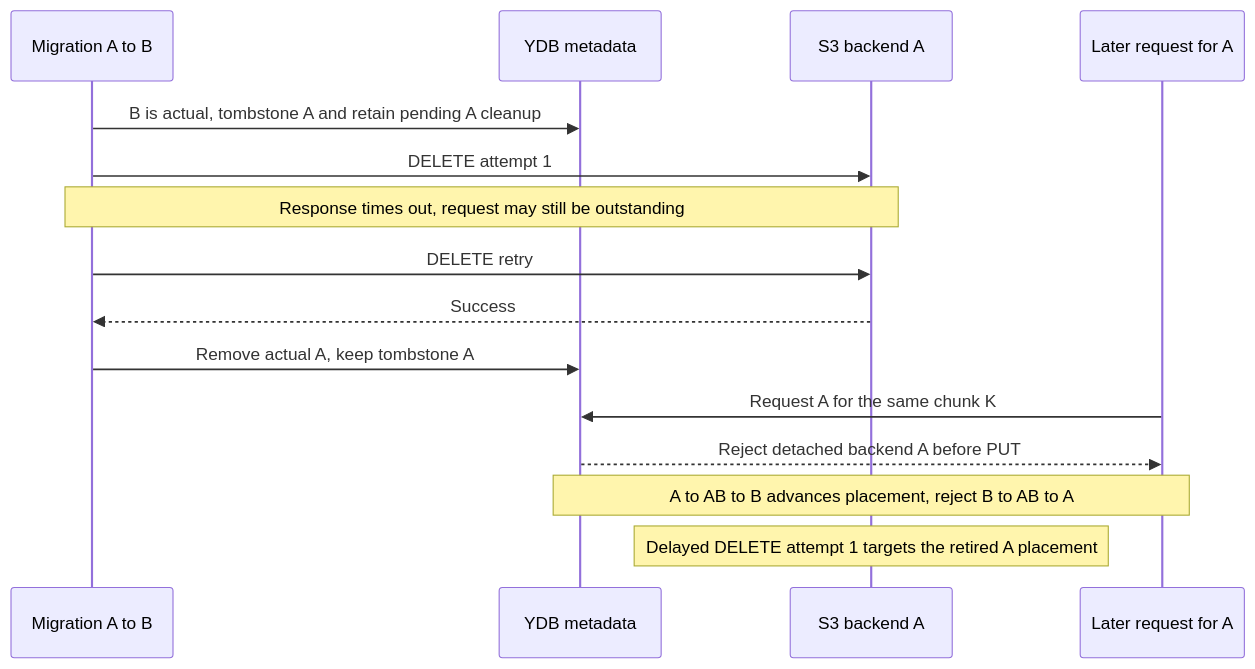
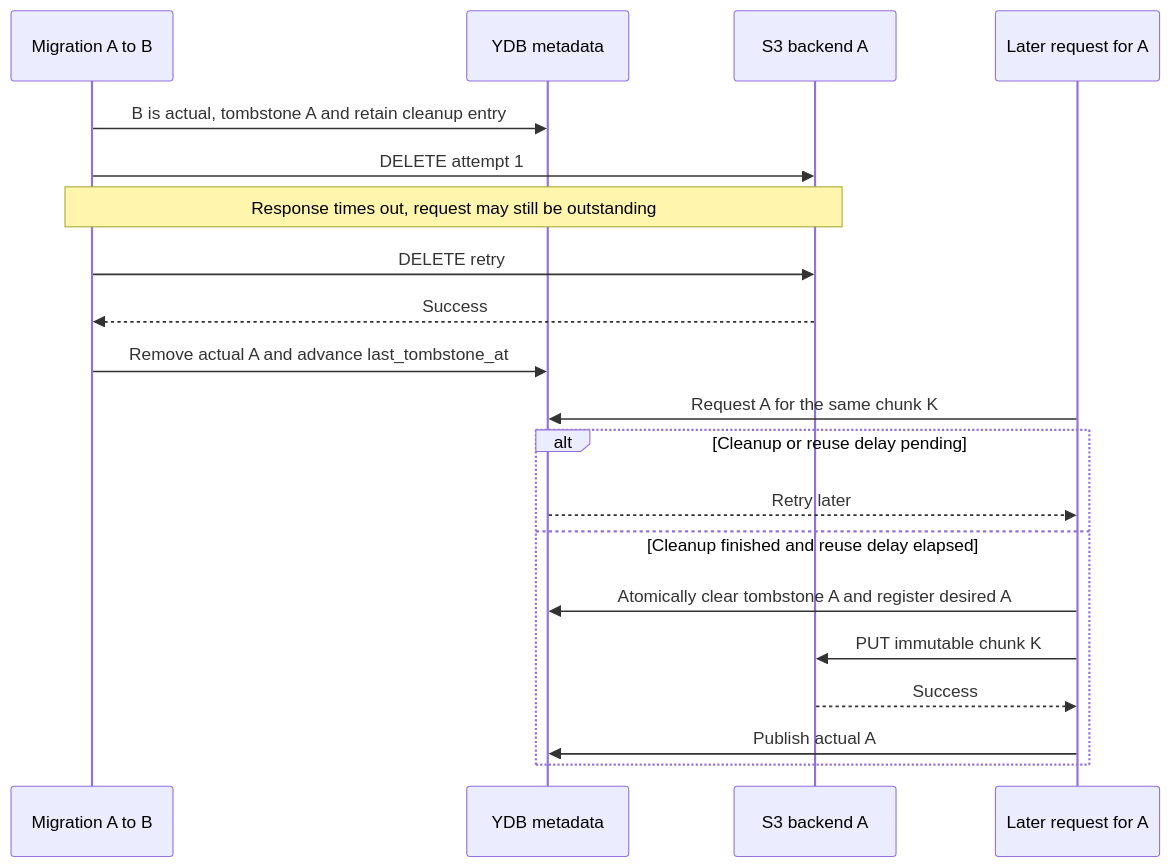
Before and after one commit to ydb-platform/nbs: the sixth of 10 diagrams in doc/disk_manager/chunk_storage/design_doc.md, drawn with Mermaid. The commit also changed other lines of this file, not shown here.

````diff
--- a/doc/disk_manager/chunk_storage/design_doc.md
+++ b/doc/disk_manager/chunk_storage/design_doc.md
@@ -263,17 +275,22 @@
 ```mermaid
 sequenceDiagram
     participant Forward as Migration A to B
     participant DB as YDB metadata
     participant A as S3 backend A
-    participant Reverse as Later request for A
-    Forward->>DB: B is actual, tombstone A and retain pending A cleanup
+    participant Reattach as Later request for A
+    Forward->>DB: B is actual, tombstone A and retain cleanup entry
     Forward->>A: DELETE attempt 1
     Note over Forward,A: Response times out, request may still be outstanding
     Forward->>A: DELETE retry
     A-->>Forward: Success
-    Forward->>DB: Remove actual A, keep tombstone A
-    Reverse->>DB: Request A for the same chunk K
-    DB-->>Reverse: Reject detached backend A before PUT
-    Note over DB,Reverse: A to AB to B advances placement, reject B to AB to A
-    Note over A: Delayed DELETE attempt 1 targets the retired A placement
+    Forward->>DB: Remove actual A and advance last_tombstone_at
+    Reattach->>DB: Request A for the same chunk K
+    alt Cleanup or reuse delay pending
+        DB-->>Reattach: Retry later
+    else Cleanup finished and reuse delay elapsed
+        Reattach->>DB: Atomically clear tombstone A and register desired A
+        Reattach->>A: PUT immutable chunk K
+        A-->>Reattach: Success
+        Reattach->>DB: Publish actual A
+    end
 ```
````
